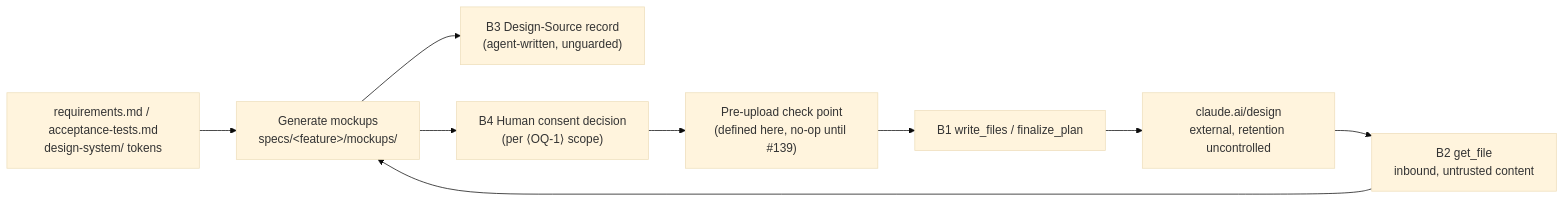
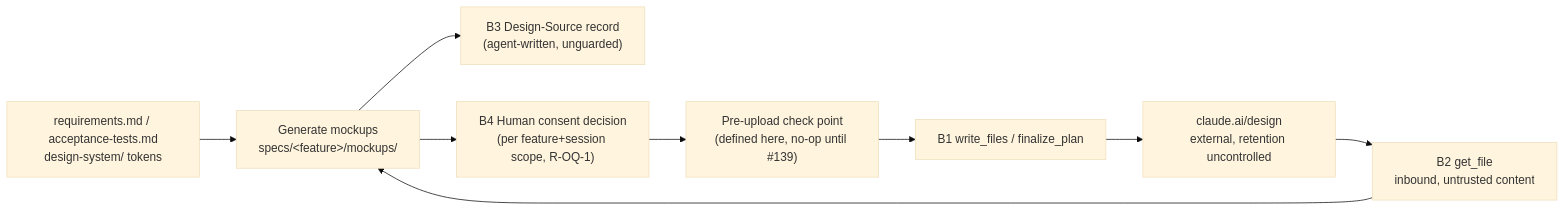
Before and after one commit to aharada54914/sdd-forge: the diagram in specs/design-sync-consent/security-spec.md, drawn with Mermaid (base theme). The commit also changed other lines of this file and 6 other files, not shown here.

````diff
--- a/specs/design-sync-consent/security-spec.md
+++ b/specs/design-sync-consent/security-spec.md
@@ -67,11 +67,11 @@
 ```mermaid
 flowchart LR
   SPEC["requirements.md / acceptance-tests.md<br/>design-system/ tokens"] --> GEN["Generate mockups<br/>specs/&lt;feature&gt;/mockups/"]
   GEN --> B3["B3 Design-Source record<br/>(agent-written, unguarded)"]
-  GEN --> B4["B4 Human consent decision<br/>(per ⟨OQ-1⟩ scope)"]
+  GEN --> B4["B4 Human consent decision<br/>(per feature+session scope, R-OQ-1)"]
   B4 --> CHK["Pre-upload check point<br/>(defined here, no-op until #139)"]
   CHK --> B1["B1 write_files / finalize_plan"]
   B1 --> EXT["claude.ai/design<br/>external, retention uncontrolled"]
   EXT --> B2["B2 get_file<br/>inbound, untrusted content"]
   B2 --> GEN
 ```
````
